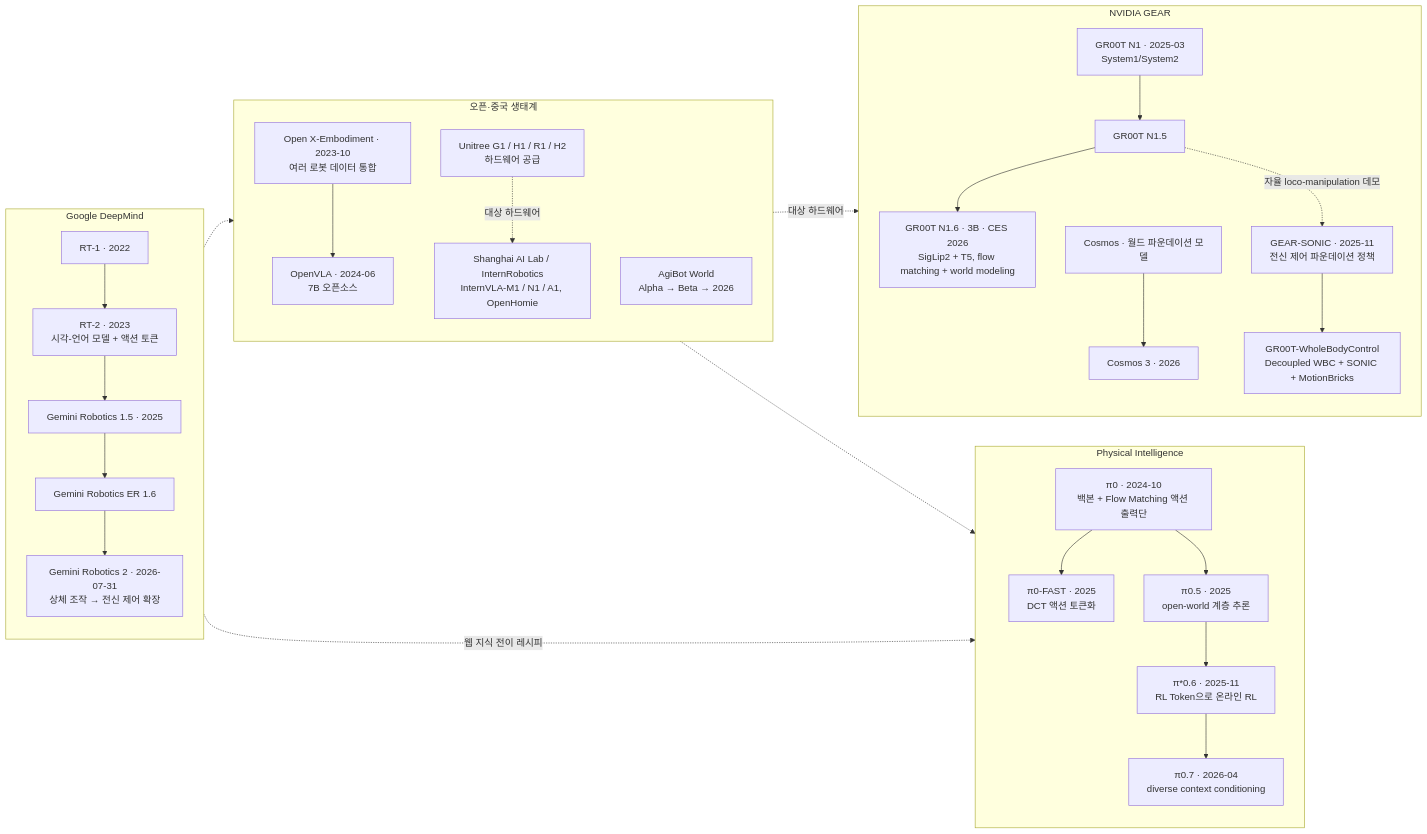
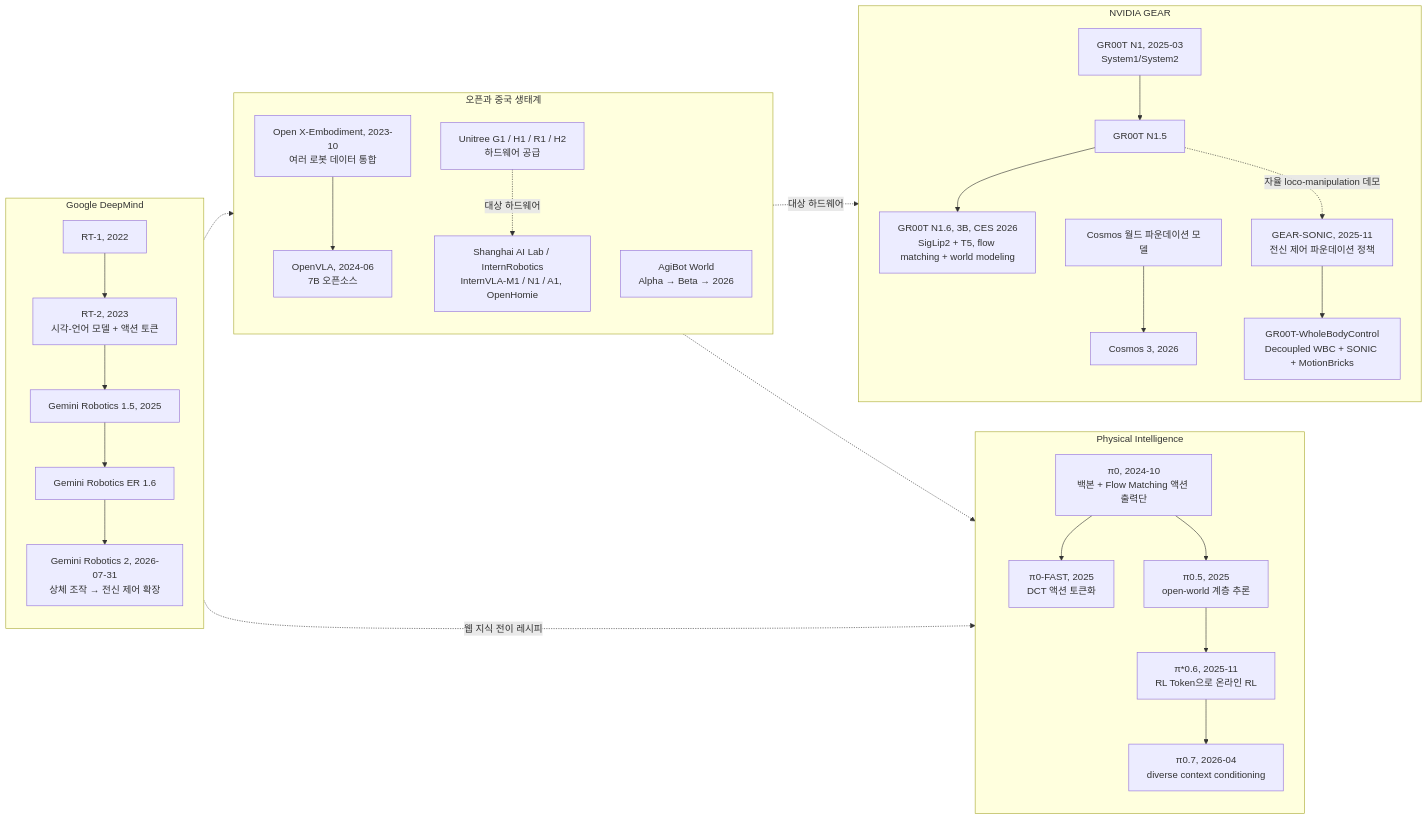
Before and after one commit to sguys99/physical-ai-study: the second of 4 diagrams in course/w1-generative-core/01-physical-ai-landscape/lesson.md, drawn with Mermaid. The commit also changed other lines of this file and 3 other files, not shown here.

````diff
--- a/course/w1-generative-core/01-physical-ai-landscape/lesson.md
+++ b/course/w1-generative-core/01-physical-ai-landscape/lesson.md
@@ -476,41 +476,41 @@
 ```mermaid
 flowchart LR
     subgraph GDM["Google DeepMind"]
         direction TB
-        A1["RT-1 · 2022"] --> A2["RT-2 · 2023<br/>시각-언어 모델 + 액션 토큰"]
-        A2 --> A3["Gemini Robotics 1.5 · 2025"]
+        A1["RT-1, 2022"] --> A2["RT-2, 2023<br/>시각-언어 모델 + 액션 토큰"]
+        A2 --> A3["Gemini Robotics 1.5, 2025"]
         A3 --> A4["Gemini Robotics ER 1.6"]
-        A4 --> A5["Gemini Robotics 2 · 2026-07-31<br/>상체 조작 → 전신 제어 확장"]
+        A4 --> A5["Gemini Robotics 2, 2026-07-31<br/>상체 조작 → 전신 제어 확장"]
     end
 
     subgraph PI["Physical Intelligence"]
         direction TB
-        B1["π0 · 2024-10<br/>백본 + Flow Matching 액션 출력단"] --> B2["π0-FAST · 2025<br/>DCT 액션 토큰화"]
-        B1 --> B3["π0.5 · 2025<br/>open-world 계층 추론"]
-        B3 --> B4["π*0.6 · 2025-11<br/>RL Token으로 온라인 RL"]
-        B4 --> B5["π0.7 · 2026-04<br/>diverse context conditioning"]
+        B1["π0, 2024-10<br/>백본 + Flow Matching 액션 출력단"] --> B2["π0-FAST, 2025<br/>DCT 액션 토큰화"]
+        B1 --> B3["π0.5, 2025<br/>open-world 계층 추론"]
+        B3 --> B4["π*0.6, 2025-11<br/>RL Token으로 온라인 RL"]
+        B4 --> B5["π0.7, 2026-04<br/>diverse context conditioning"]
     end
 
     subgraph NV["NVIDIA GEAR"]
         direction TB
-        C1["GR00T N1 · 2025-03<br/>System1/System2"] --> C2["GR00T N1.5"]
-        C2 --> C3["GR00T N1.6 · 3B · CES 2026<br/>SigLip2 + T5, flow matching + world modeling"]
-        C4["Cosmos · 월드 파운데이션 모델"] --> C5["Cosmos 3 · 2026"]
-        C6["GEAR-SONIC · 2025-11<br/>전신 제어 파운데이션 정책"] --> C7["GR00T-WholeBodyControl<br/>Decoupled WBC + SONIC + MotionBricks"]
+        C1["GR00T N1, 2025-03<br/>System1/System2"] --> C2["GR00T N1.5"]
+        C2 --> C3["GR00T N1.6, 3B, CES 2026<br/>SigLip2 + T5, flow matching + world modeling"]
+        C4["Cosmos 월드 파운데이션 모델"] --> C5["Cosmos 3, 2026"]
+        C6["GEAR-SONIC, 2025-11<br/>전신 제어 파운데이션 정책"] --> C7["GR00T-WholeBodyControl<br/>Decoupled WBC + SONIC + MotionBricks"]
     end
 
-    subgraph OPEN["오픈·중국 생태계"]
+    subgraph OPEN["오픈과 중국 생태계"]
         direction TB
-        D1["Open X-Embodiment · 2023-10<br/>여러 로봇 데이터 통합"] --> D2["OpenVLA · 2024-06<br/>7B 오픈소스"]
+        D1["Open X-Embodiment, 2023-10<br/>여러 로봇 데이터 통합"] --> D2["OpenVLA, 2024-06<br/>7B 오픈소스"]
         D3["Shanghai AI Lab / InternRobotics<br/>InternVLA-M1 / N1 / A1, OpenHomie"]
         D4["AgiBot World<br/>Alpha → Beta → 2026"]
         D5["Unitree G1 / H1 / R1 / H2<br/>하드웨어 공급"]
     end
 
     A2 -. 웹 지식 전이 레시피 .-> B1
     A2 -.-> D2
     D1 -.-> B1
     C2 -. 자율 loco-manipulation 데모 .-> C6
     D5 -. 대상 하드웨어 .-> C6
     D5 -. 대상 하드웨어 .-> D3
 ```
````
